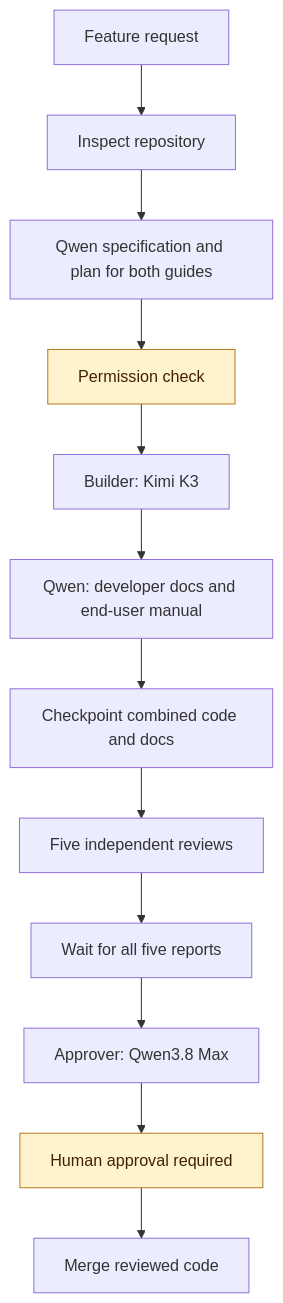
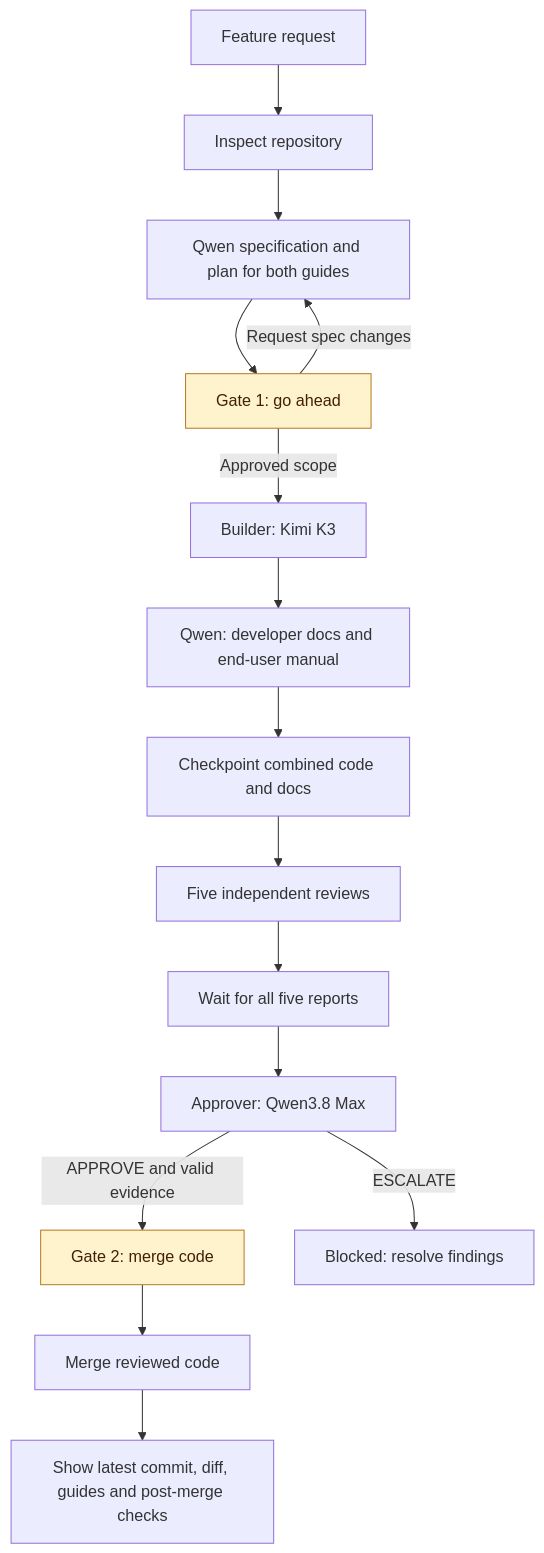
One commit to faiqfarooq/software-factory changed the first of 3 diagrams in low-cost/docs/GUIDE.md. Above: the diagram before and after it, drawn with Mermaid. The commit also changed other lines of this file and 14 other files, not shown here.

````diff
--- a/low-cost/docs/GUIDE.md
+++ b/low-cost/docs/GUIDE.md
@@ -62,17 +81,20 @@
 ```mermaid
 flowchart TD
     Feature["Feature request"] --> Inspect["Inspect repository"]
     Inspect --> Spec["Qwen specification and plan for both guides"]
-    Spec --> Permission["Permission check"]
-    Permission --> Build["Builder: Kimi K3"]
+    Spec --> SpecApproval["Gate 1: go ahead"]
+    SpecApproval -->|Request spec changes| Spec
+    SpecApproval -->|Approved scope| Build["Builder: Kimi K3"]
     Build --> Docs["Qwen: developer docs and end-user manual"]
     Docs --> Checkpoint["Checkpoint combined code and docs"]
     Checkpoint --> Reviews["Five independent reviews"]
     Reviews --> Wait["Wait for all five reports"]
     Wait --> Approver["Approver: Qwen3.8 Max"]
-    Approver --> Human["Human approval required"]
+    Approver -->|APPROVE and valid evidence| Human["Gate 2: merge code"]
+    Approver -->|ESCALATE| Blocked["Blocked: resolve findings"]
     Human --> Merge["Merge reviewed code"]
+    Merge --> Latest["Show latest commit, diff, guides and post-merge checks"]
 
     classDef human fill:#fff3cd,stroke:#b7791f,color:#422006;
-    class Permission,Human human;
+    class SpecApproval,Human human;
 ```
````
